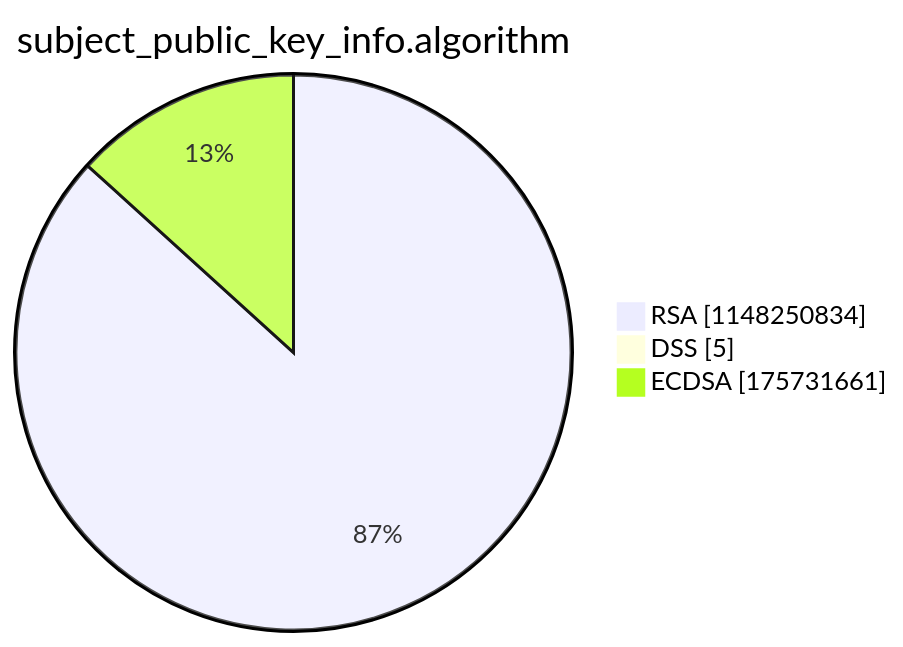
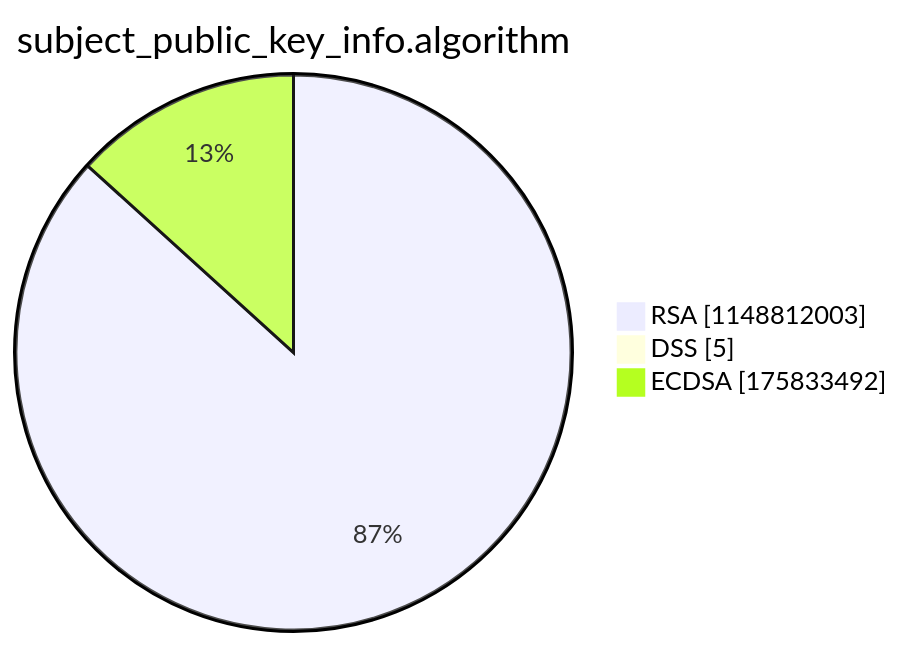
The third of 15 diagrams in argon2022/README.md (christiankrug/ctmonitor_visualization), drawn with Mermaid before and after one commit. The commit also changed other lines of this file, not shown here.

````diff
--- a/argon2022/README.md
+++ b/argon2022/README.md
@@ -14,7 +14,7 @@
 ```mermaid
 pie showData
 title subject_public_key_info.algorithm
-"RSA" :1148250834
+"RSA" :1148812003
 "DSS" :5
-"ECDSA" :175731661
+"ECDSA" :175833492
 ```
````
